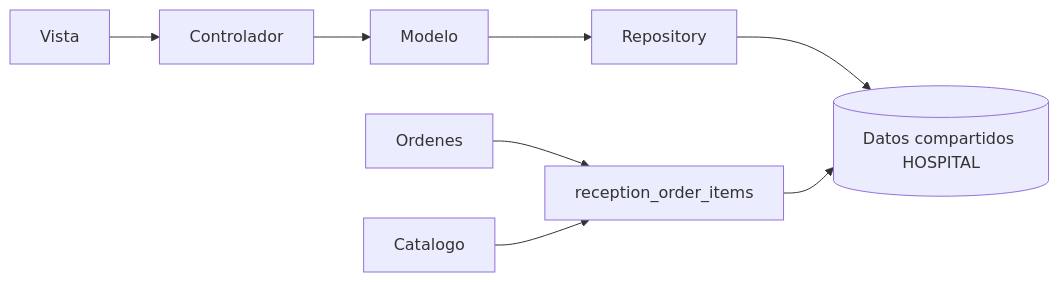
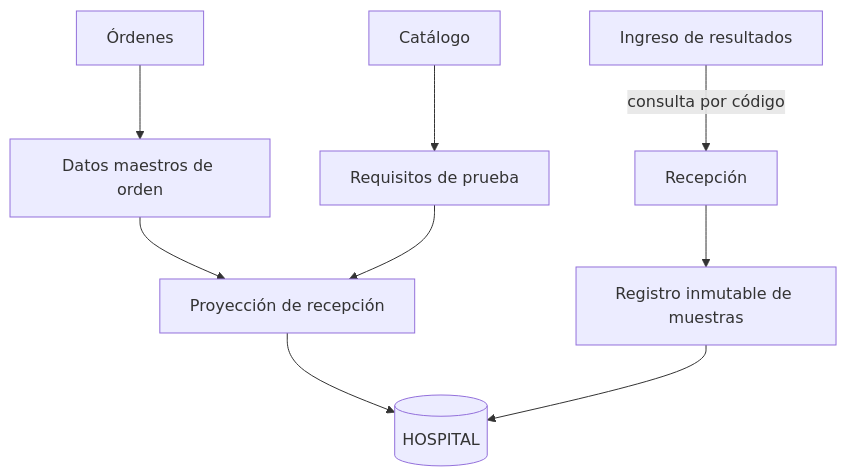
Before and after one commit to AxelHerrera11/sistema-hospitalario-integrado: the second of 2 diagrams in docs/recepcion-muestras/semana-04/README.md, drawn with Mermaid. The commit also changed other lines of this file, not shown here.

````diff
--- a/docs/recepcion-muestras/semana-04/README.md
+++ b/docs/recepcion-muestras/semana-04/README.md
@@ -8,7 +60,11 @@
-```mermaid
-flowchart LR
-  Vista --> Controlador --> Modelo
-  Modelo --> Repository --> Hospital[(Datos compartidos HOSPITAL)]
-  Ordenes --> Proyeccion[reception_order_items] --> Hospital
-  Catalogo --> Proyeccion
-```
+~~~mermaid
+flowchart TD
+  Ordenes[Órdenes] --> Maestros[Datos maestros de orden]
+  Catalogo[Catálogo] --> Requisitos[Requisitos de prueba]
+  Maestros --> Proyeccion[Proyección de recepción]
+  Requisitos --> Proyeccion
+  Recepcion[Recepción] --> Muestras[Registro inmutable de muestras]
+  Proyeccion --> Hospital[(HOSPITAL)]
+  Muestras --> Hospital
+  Resultados[Ingreso de resultados] -->|consulta por código| Recepcion
+~~~
````
